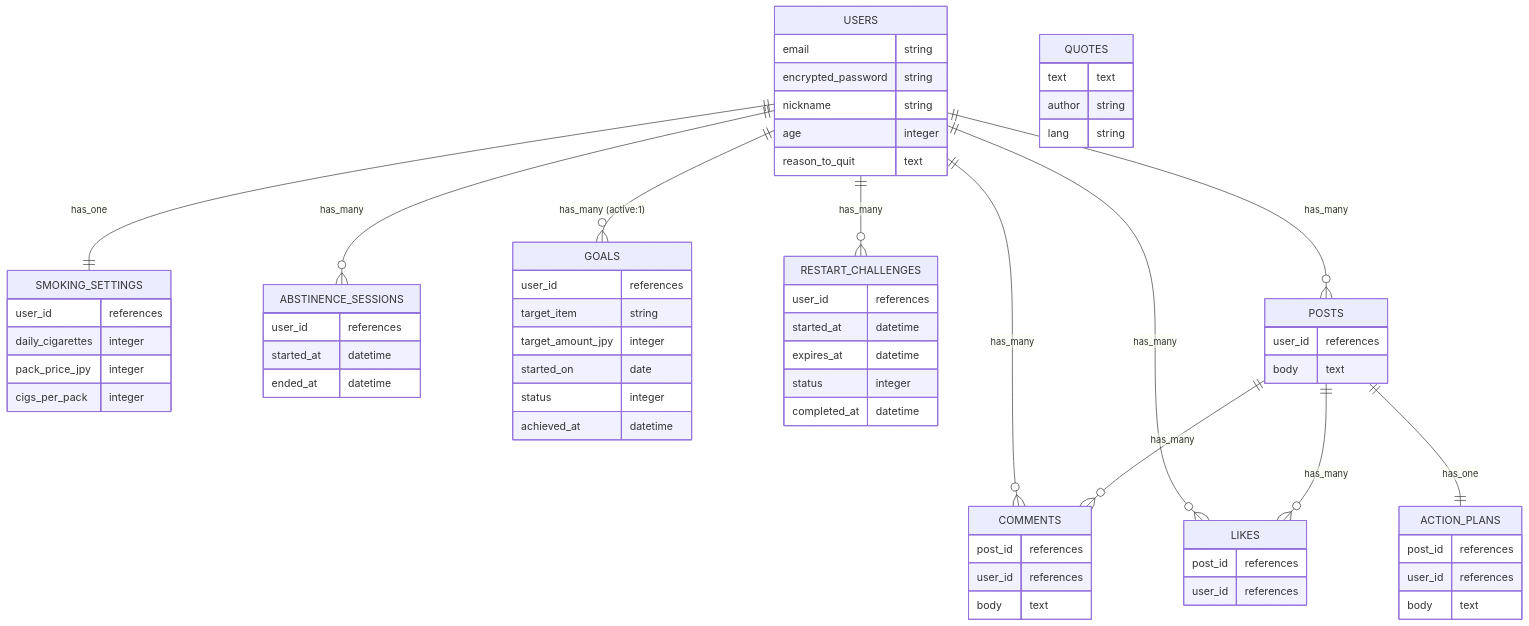
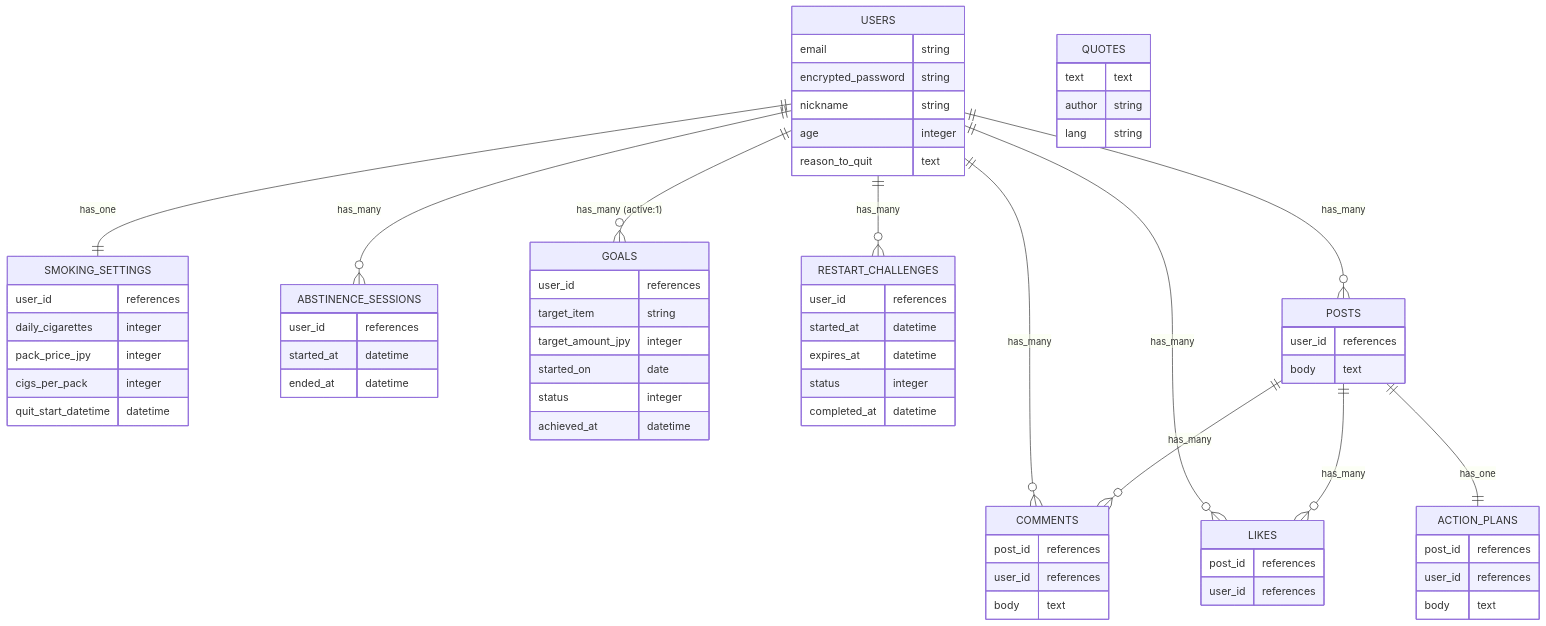
Before and after one commit to ryuta-takayama/smoke-free: the diagram in README.md, drawn with Mermaid. The commit also changed other lines of this file and 5 other files, not shown here.

````diff
--- a/README.md
+++ b/README.md
@@ -158,82 +159,83 @@
 ```mermaid
 erDiagram
 
   USERS ||--|| SMOKING_SETTINGS : "has_one"
   USERS ||--o{ ABSTINENCE_SESSIONS : "has_many"
   USERS ||--o{ GOALS : "has_many (active:1)"
   USERS ||--o{ RESTART_CHALLENGES : "has_many"
   USERS ||--o{ POSTS : "has_many"
   USERS ||--o{ COMMENTS : "has_many"
   USERS ||--o{ LIKES : "has_many"
 
   POSTS ||--o{ COMMENTS : "has_many"
   POSTS ||--o{ LIKES : "has_many"
   POSTS ||--|| ACTION_PLANS : "has_one"
 
   USERS {
     email string
     encrypted_password string
     nickname string
     age integer
     reason_to_quit text
   }
 
   SMOKING_SETTINGS {
     user_id references
     daily_cigarettes integer
     pack_price_jpy integer
     cigs_per_pack integer
+    quit_start_datetime datetime
   }
 
   ABSTINENCE_SESSIONS {
     user_id references
     started_at datetime
     ended_at datetime
   }
 
   GOALS {
     user_id references
     target_item string
     target_amount_jpy integer
     started_on date
     status integer
     achieved_at datetime
   }
 
   RESTART_CHALLENGES {
     user_id references
     started_at datetime
     expires_at datetime
     status integer
     completed_at datetime
   }
 
   POSTS {
     user_id references
     body text
   }
 
   ACTION_PLANS {
     post_id references
     user_id references
     body text
   }
 
   COMMENTS {
     post_id references
     user_id references
     body text
   }
 
   LIKES {
     post_id references
     user_id references
   }
 
   QUOTES {
     text text
     author string
     lang string
   }
-
+  
 ```
````
